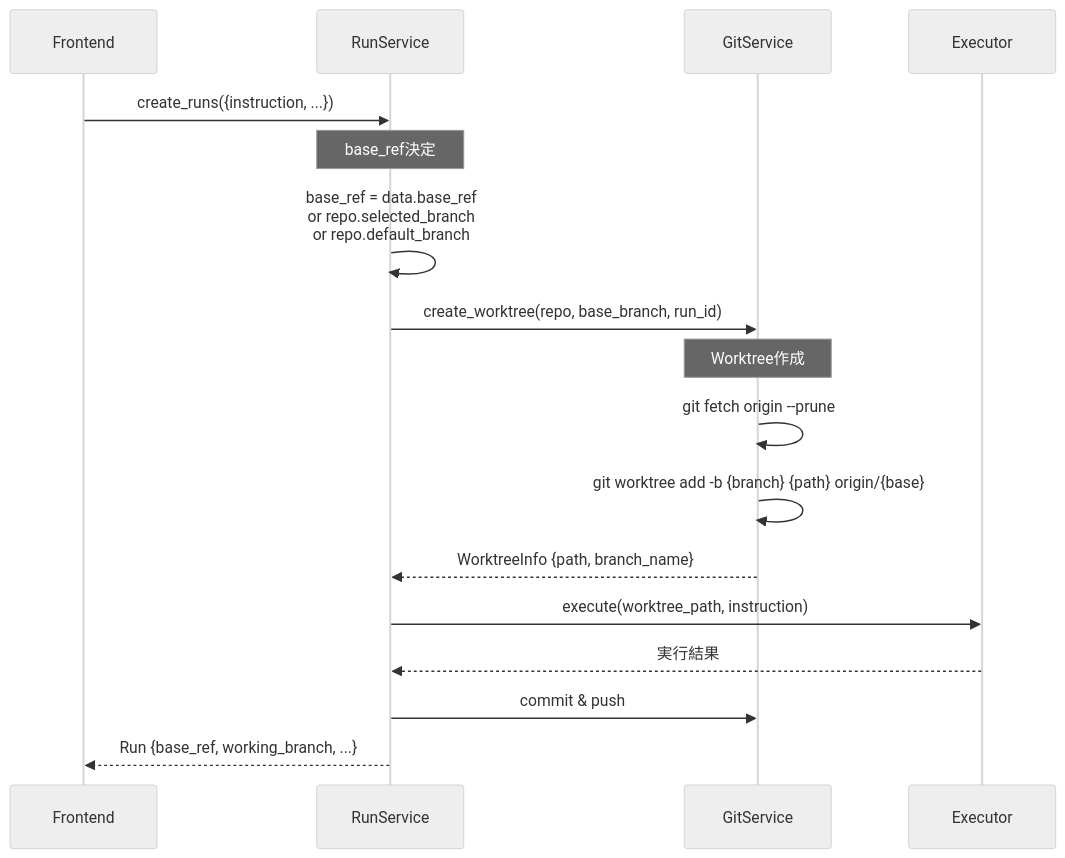
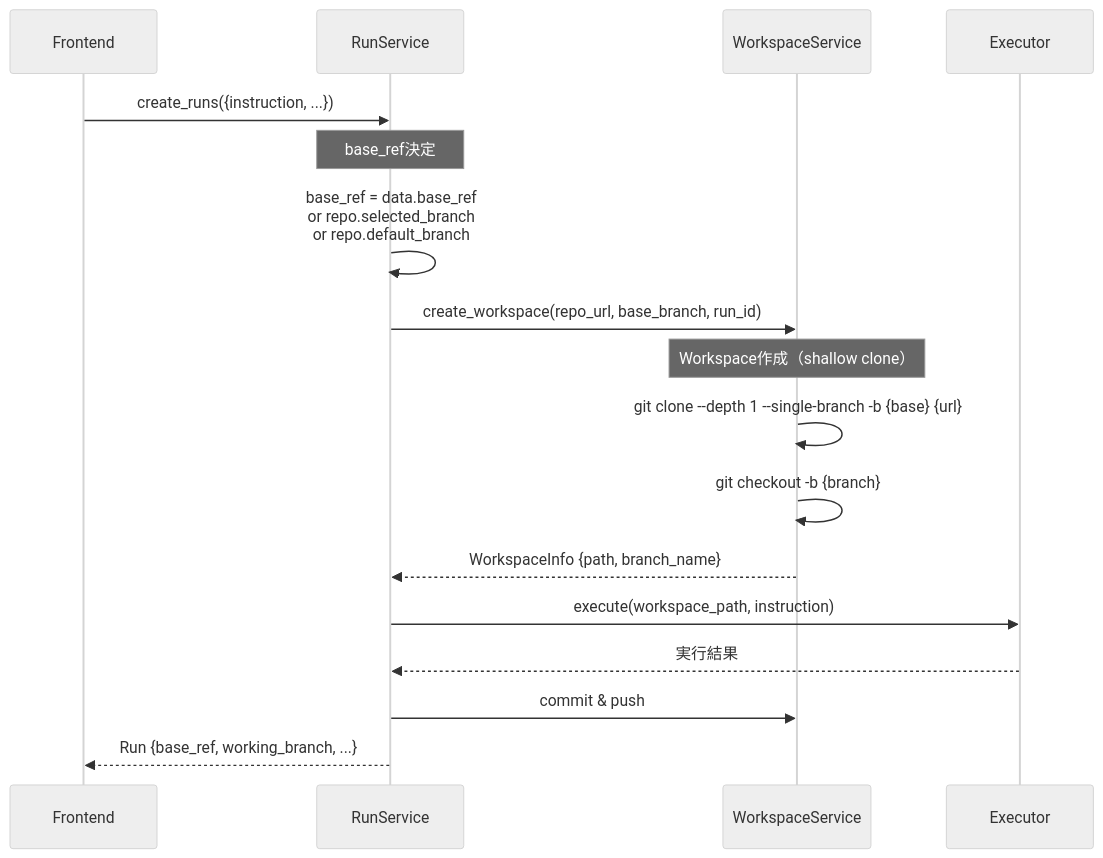
Before and after one commit to hampen2929/zloth: the fifth of 7 diagrams in docs/branch_worktree.md, drawn with Mermaid (neutral theme). The commit also changed other lines of this file and 3 other files, not shown here.

Commit message:
Docs: reflect clone-only workspace isolation

````diff
--- a/docs/branch_worktree.md
+++ b/docs/branch_worktree.md
@@ -145,25 +141,25 @@
 ```mermaid
 sequenceDiagram
     participant FE as Frontend
     participant RuS as RunService
-    participant GS as GitService
+    participant WS as WorkspaceService
     participant Exec as Executor
 
     FE->>RuS: create_runs({instruction, ...})
 
     Note over RuS: base_ref決定
     RuS->>RuS: base_ref = data.base_ref<br/>or repo.selected_branch<br/>or repo.default_branch
 
-    RuS->>GS: create_worktree(repo, base_branch, run_id)
+    RuS->>WS: create_workspace(repo_url, base_branch, run_id)
 
-    Note over GS: Worktree作成
-    GS->>GS: git fetch origin --prune
-    GS->>GS: git worktree add -b {branch} {path} origin/{base}
-    GS-->>RuS: WorktreeInfo {path, branch_name}
+    Note over WS: Workspace作成（shallow clone）
+    WS->>WS: git clone --depth 1 --single-branch -b {base} {url}
+    WS->>WS: git checkout -b {branch}
+    WS-->>RuS: WorkspaceInfo {path, branch_name}
 
-    RuS->>Exec: execute(worktree_path, instruction)
+    RuS->>Exec: execute(workspace_path, instruction)
     Exec-->>RuS: 実行結果
 
-    RuS->>GS: commit & push
+    RuS->>WS: commit & push
     RuS-->>FE: Run {base_ref, working_branch, ...}
 ```
````
